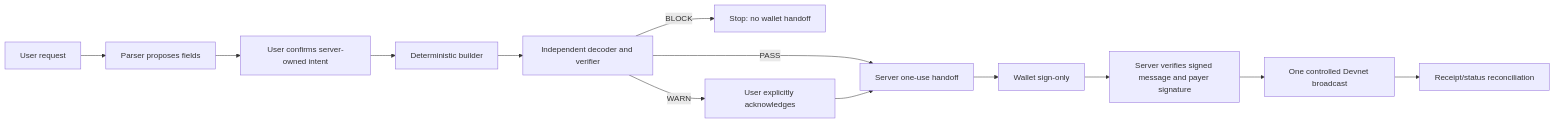
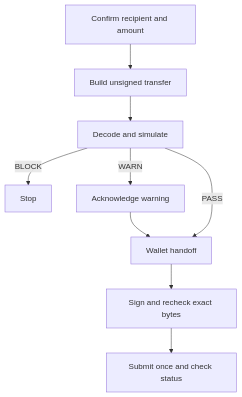
One commit to layhadarries/Dev3Proj changed the first of 3 diagrams in README.md. Above: the diagram before and after it, drawn with Mermaid. The commit also changed other lines of this file and 5 other files, not shown here.

````diff
--- a/README.md
+++ b/README.md
@@ -31,15 +27,11 @@
 ```mermaid
-flowchart LR
-    U[User request] --> P[Parser proposes fields]
-    P --> C[User confirms server-owned intent]
-    C --> B[Deterministic builder]
-    B --> V[Independent decoder and verifier]
-    V -->|BLOCK| Stop[Stop: no wallet handoff]
-    V -->|PASS| H[Server one-use handoff]
-    V -->|WARN| A[User explicitly acknowledges]
-    A --> H
-    H --> W[Wallet sign-only]
-    W --> S[Server verifies signed message and payer signature]
-    S --> T[One controlled Devnet broadcast]
-    T --> R[Receipt/status reconciliation]
+flowchart TD
+    C[Confirm recipient and amount] --> B[Build unsigned transfer]
+    B --> V[Decode and simulate]
+    V -->|BLOCK| X[Stop]
+    V -->|WARN| A[Acknowledge warning]
+    A --> H[Wallet handoff]
+    V -->|PASS| H
+    H --> S[Sign and recheck exact bytes]
+    S --> R[Submit once and check status]
 ```
````
